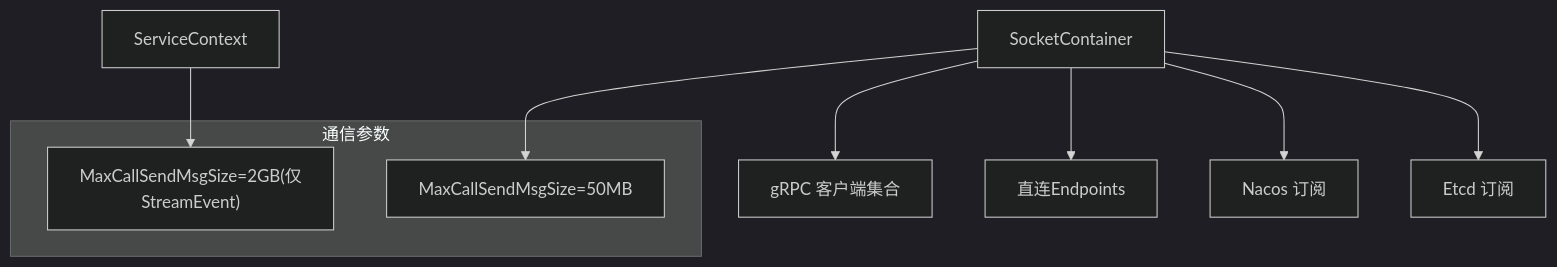
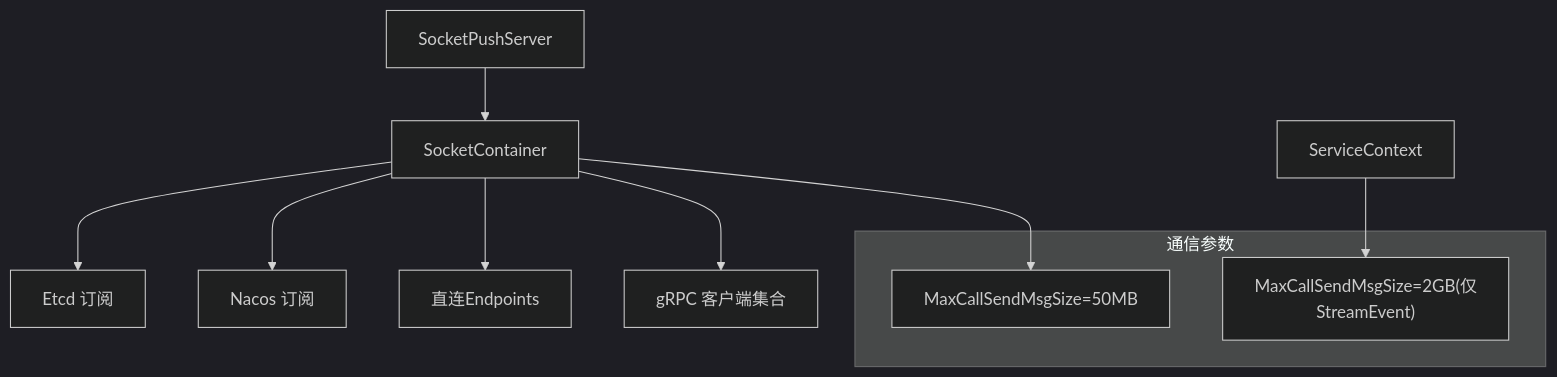
Before and after one commit to maomao94/zero-service: the tenth of 10 diagrams in .qoder/repowiki/zh/content/实时通信模块/SocketIO网关服务/SocketIO网关服务.md, drawn with Mermaid (dark theme). The commit also changed other lines of this file and 15 other files, not shown here.

````diff
--- a/.qoder/repowiki/zh/content/实时通信模块/SocketIO网关服务/SocketIO网关服务.md
+++ b/.qoder/repowiki/zh/content/实时通信模块/SocketIO网关服务/SocketIO网关服务.md
@@ -334,13 +387,14 @@
 ```mermaid
 graph TB
 SC["SocketContainer"] --> ETCD["Etcd 订阅"]
 SC --> NACOS["Nacos 订阅"]
 SC --> DIRECT["直连Endpoints"]
 SC --> CLIENT["gRPC 客户端集合"]
 subgraph "通信参数"
 MAX50["MaxCallSendMsgSize=50MB"]
 MAX2G["MaxCallSendMsgSize=2GB(仅StreamEvent)"]
 end
 SC --> MAX50
 SVC["ServiceContext"] --> MAX2G
+PUSH["SocketPushServer"] --> SC
 ```
````
